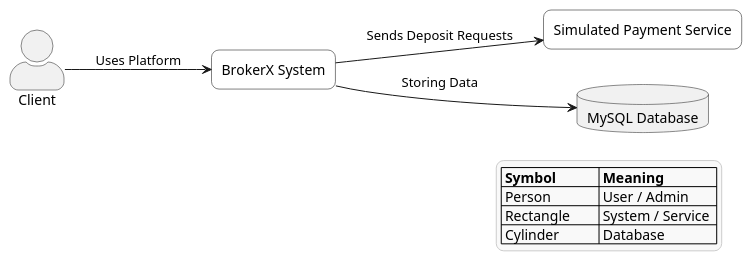
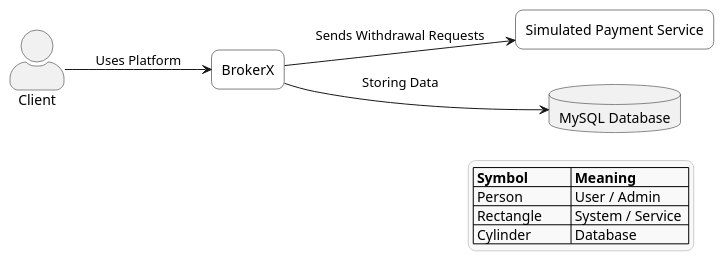
The diagram in documentation/architecture/views/context_diagram.puml (William-Lavoie/BrokerX), drawn with PlantUML before and after one commit. The commit also changed 4 other files, not shown here.

```diff
--- a/documentation/architecture/views/context_diagram.puml
+++ b/documentation/architecture/views/context_diagram.puml
@@ -1,29 +1,29 @@
 @startuml Context diagram
 left to right direction
 skinparam style strictuml
 skinparam ActorStyle awesome
 skinparam rectangle {
   BackgroundColor #FFFFFF
   BorderColor #000000
   RoundCorner 15
 }
 skinparam legendBackgroundColor #F9F9F9
 skinparam legendBorderColor #CCCCCC
 
 actor Client as "Client"
-rectangle "BrokerX System" as BrokerX
+rectangle "BrokerX" as BrokerX
 rectangle "Simulated Payment Service" as SPS
 database "MySQL Database" as DB
 
 Client --> BrokerX : Uses Platform
-BrokerX --> SPS : Sends Deposit Requests
+BrokerX --> SPS : Sends Withdrawal Requests
 BrokerX --> DB : Storing Data
 
 
 legend right
   |= Symbol |= Meaning           |
   | Person        | User / Admin       |
   | Rectangle        | System / Service  |
   | Cylinder        | Database       |
 endlegend
 @enduml
```
